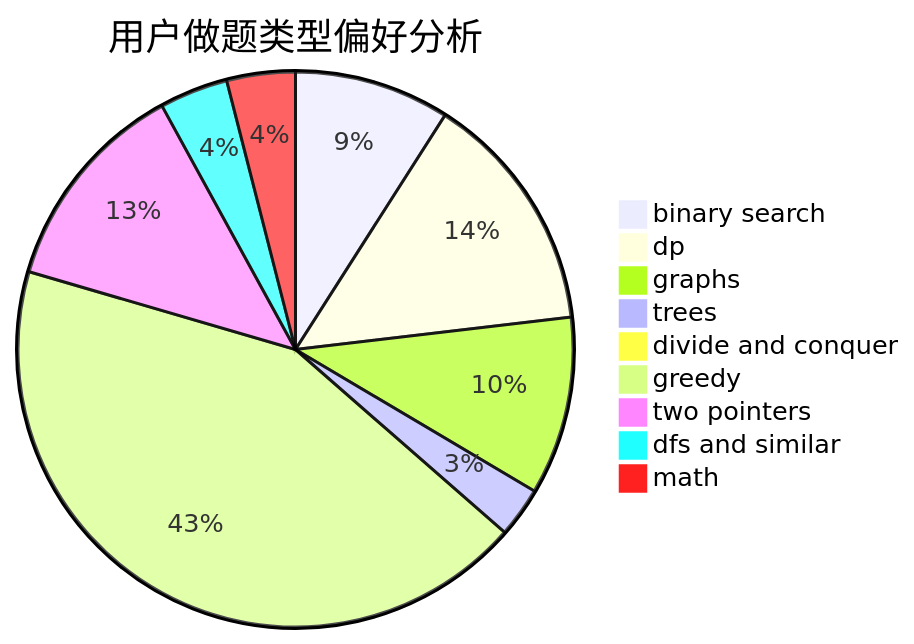
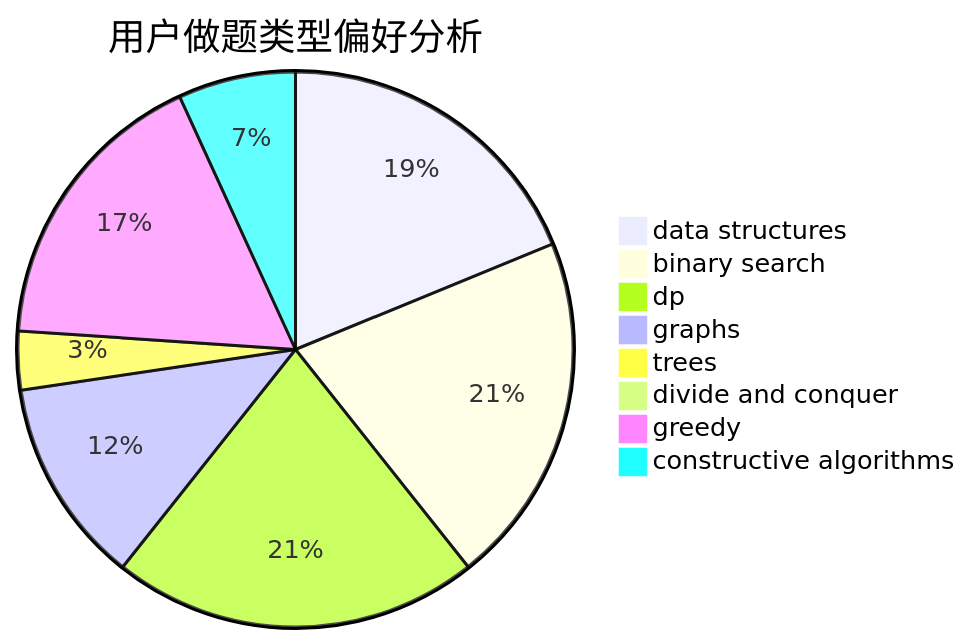
The second of 3 diagrams in docs/user/u994.md (sherpahu/cfrs.github.io), drawn with Mermaid before and after one commit. The commit also changed other lines of this file and 2775 other files, not shown here.

````diff
--- a/docs/user/u994.md
+++ b/docs/user/u994.md
@@ -23,12 +23,11 @@
 ```mermaid
 pie title 用户做题类型偏好分析
-    "binary search" :  34
-    "dp" :  53
-    "graphs" :  39
-    "trees" :  11
+    "data structures" :  22
+    "binary search" :  24
+    "dp" :  25
+    "graphs" :  14
+    "trees" :  4
     "divide and conquer" :  0
-    "greedy" :  162
-    "two pointers" :  47
-    "dfs and similar" :  15
-    "math" :  15
+    "greedy" :  20
+    "constructive algorithms" :  8
 ```
````
